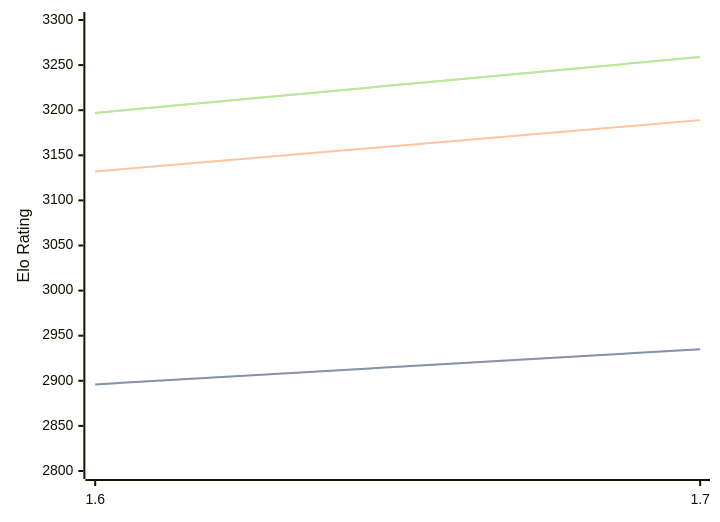
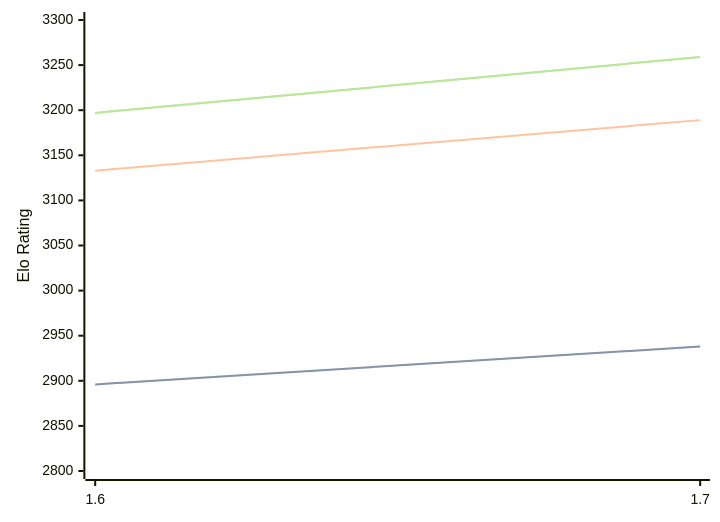
Before and after one commit to computer-chess-index/cci: the diagram in engines/Bitbit.md, drawn with Mermaid. The commit also changed other lines of this file, not shown here.

````diff
--- a/engines/Bitbit.md
+++ b/engines/Bitbit.md
@@ -32,11 +32,11 @@
 ```mermaid
 %%{init: {"theme":"base","themeVariables":{"seriesColors:['#a3a3a3','#222221','#faa371']}}}%%
 xychart-beta
   x-axis ["1.6", "1.7"]
   y-axis "Elo Rating" 2800 --> 3300
-  line "STC (8.0+0.08s)" [2896, 2935]
-  line "STC (8.0+0.08s)" [2896, 2935]
-  line "LTC (60.0+0.60s)" [3132, 3189]
+  line "STC (8.0+0.08s)" [2896, 2938]
+  line "STC (8.0+0.08s)" [2896, 2938]
+  line "LTC (60.0+0.60s)" [3133, 3189]
   line "VLTC (2m24s+1.12s)" [3197, 3259]
   line "VLTC (2m24s+1.12s)" [3197, 3259]
 ```
````
